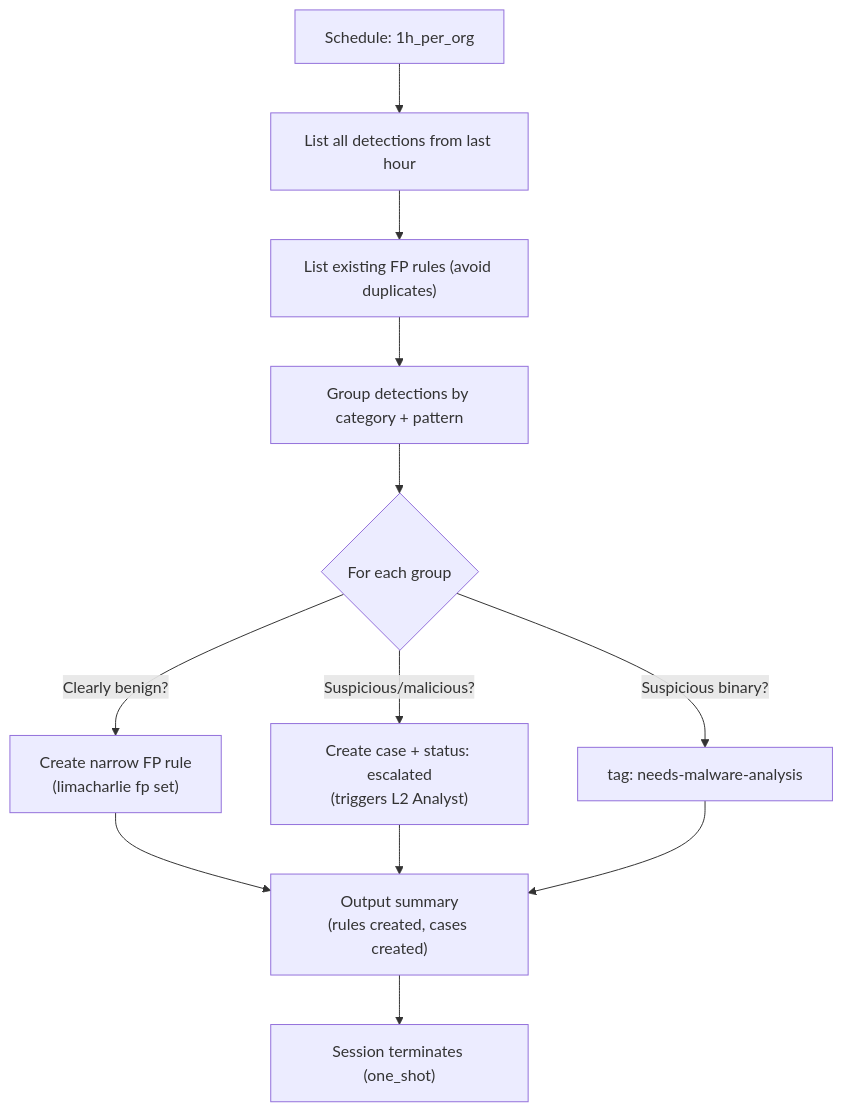
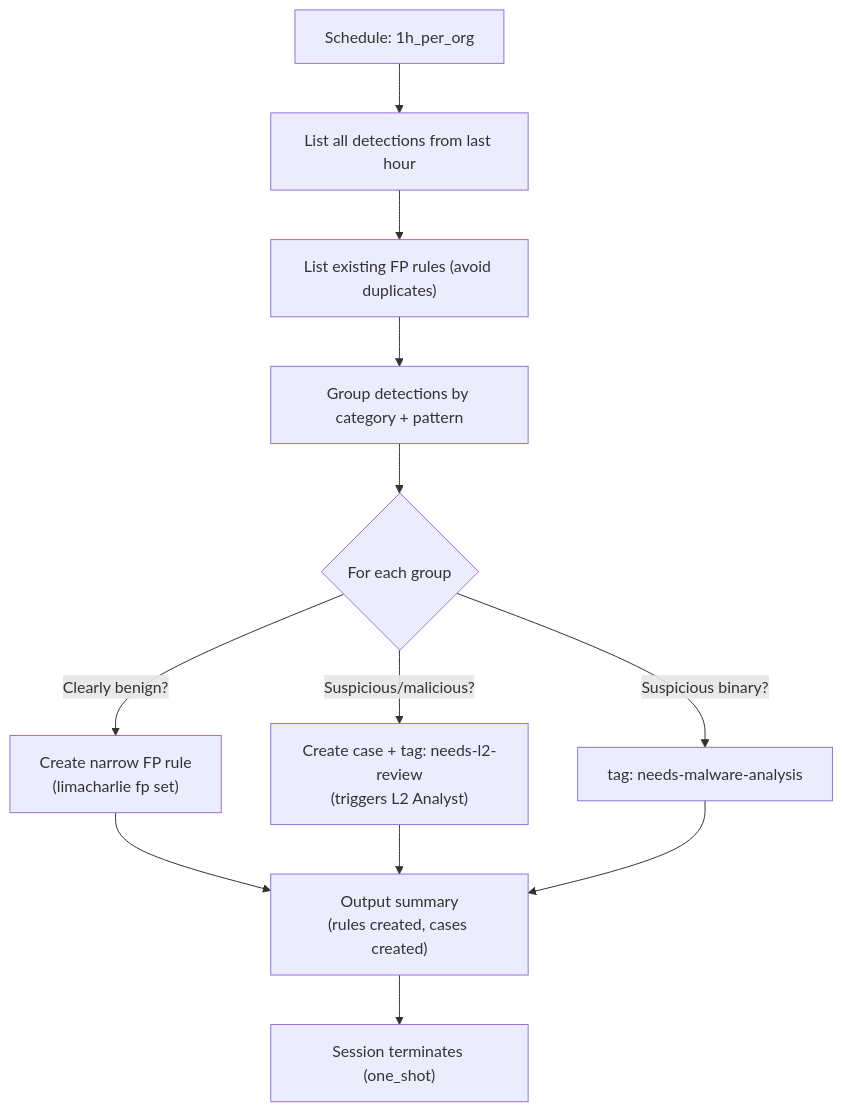
One commit to refractionPOINT/lc-ai changed the diagram in lc-soc/baselining-soc/bulk-triage/README.md. Above: the diagram before and after it, drawn with Mermaid. The commit also changed 46 other files, not shown here.

First line of the commit message:
Fix case CLI flags and remove dead escalated status across all agents

````diff
--- a/lc-soc/baselining-soc/bulk-triage/README.md
+++ b/lc-soc/baselining-soc/bulk-triage/README.md
@@ -7,14 +7,14 @@
 ```mermaid
 flowchart TD
     trigger["Schedule: 1h_per_org"] --> list["List all detections from last hour"]
     list --> fp["List existing FP rules (avoid duplicates)"]
     fp --> group["Group detections by category + pattern"]
     group --> each{For each group}
     each -->|Clearly benign?| fprule["Create narrow FP rule<br/>(limacharlie fp set)"]
-    each -->|"Suspicious/malicious?"| case["Create case + status: escalated<br/>(triggers L2 Analyst)"]
+    each -->|"Suspicious/malicious?"| case["Create case + tag: needs-l2-review<br/>(triggers L2 Analyst)"]
     each -->|Suspicious binary?| malware["tag: needs-malware-analysis"]
     fprule --> summary["Output summary<br/>(rules created, cases created)"]
     case --> summary
     malware --> summary
     summary --> done["Session terminates (one_shot)"]
 ```
````
